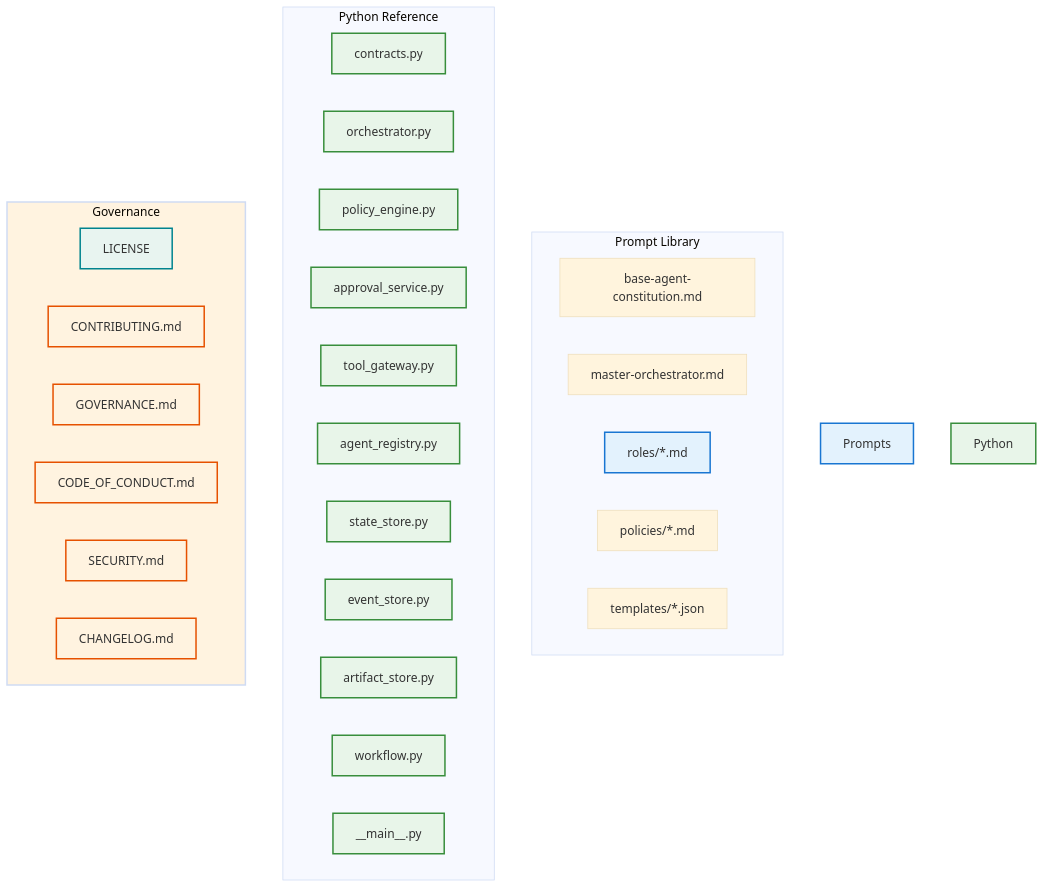
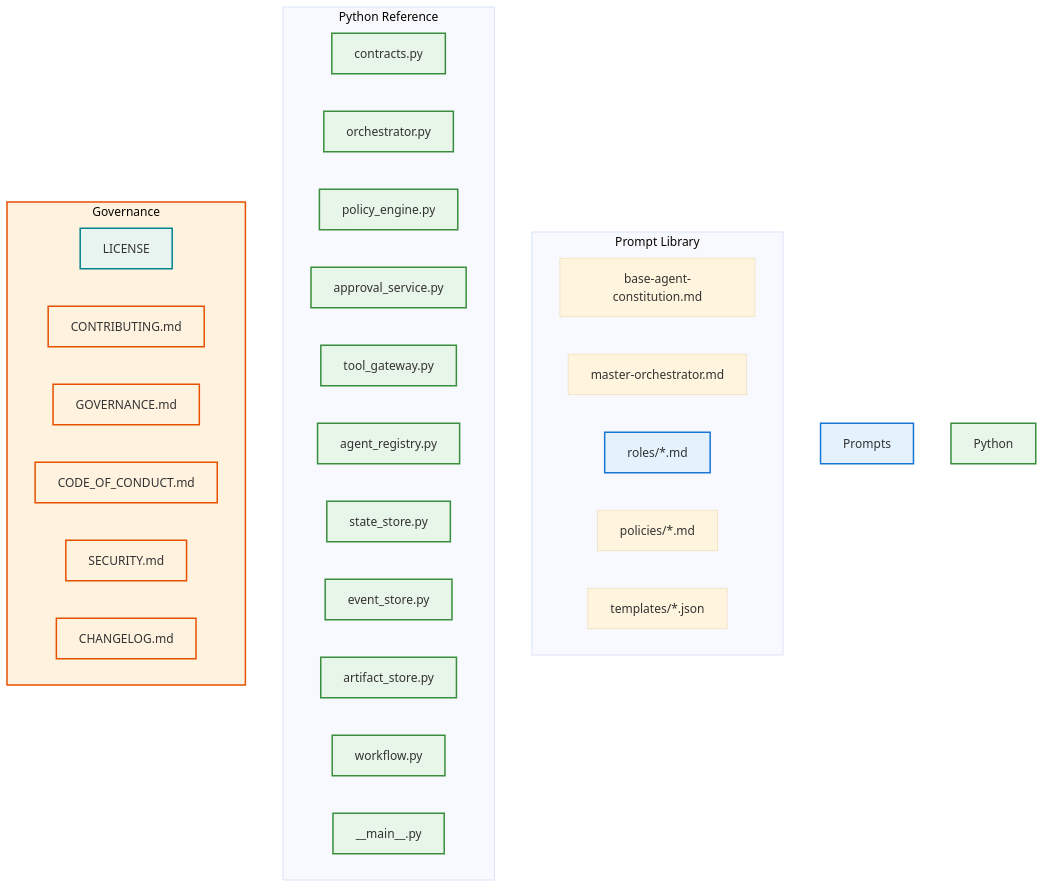
The diagram in README.md (khajaaijaz26/agentic-software-company), drawn with Mermaid (base theme) before and after one commit. The commit also changed other lines of this file and 2 other files, not shown here.

````diff
--- a/README.md
+++ b/README.md
@@ -186,41 +182,41 @@
 ```mermaid
 flowchart TB
     subgraph "Prompt Library"
         P1[base-agent-constitution.md]
         P2[master-orchestrator.md]
         P3[roles/*.md]:::roles
         P4[policies/*.md]:::policies
         P5[templates/*.json]:::templates
     end
 
     subgraph "Python Reference"
         C1[contracts.py]:::py
         C2[orchestrator.py]:::py
         C3[policy_engine.py]:::py
         C4[approval_service.py]:::py
         C5[tool_gateway.py]:::py
         C6[agent_registry.py]:::py
         C7[state_store.py]:::py
         C8[event_store.py]:::py
         C9[artifact_store.py]:::py
         C10[workflow.py]:::py
         C11[__main__.py]:::py
     end
 
     subgraph "Governance"
         G1[LICENSE]:::license
         G2[CONTRIBUTING.md]:::md
         G3[GOVERNANCE.md]:::md
         G4[CODE_OF_CONDUCT.md]:::md
         G5[SECURITY.md]:::md
         G6[CHANGELOG.md]:::md
     end
 
     style Prompts fill:#e3f2fd,stroke:#1976d2,stroke-width:2px
     style Python fill:#e8f5e9,stroke:#388e3c,stroke-width:2px
-    style Governance fill:#fff3e0,ff6f00,stroke-width:2px
+    style Governance fill:#fff3e0,ff6f00,stroke:#e65100,stroke-width:2px
     classDef roles fill:#e3f2fd,stroke:#1976d2,stroke-width:2px;
     classDef py fill:#e8f5e9,stroke:#388e3c,stroke-width:2px;
     classDef md fill:#fff3e0,ff6f00,stroke:#e65100,stroke-width:2px;
     classDef license fill:#e8f4f0,stroke:#00838f,stroke-width:2px;
 ```
````
